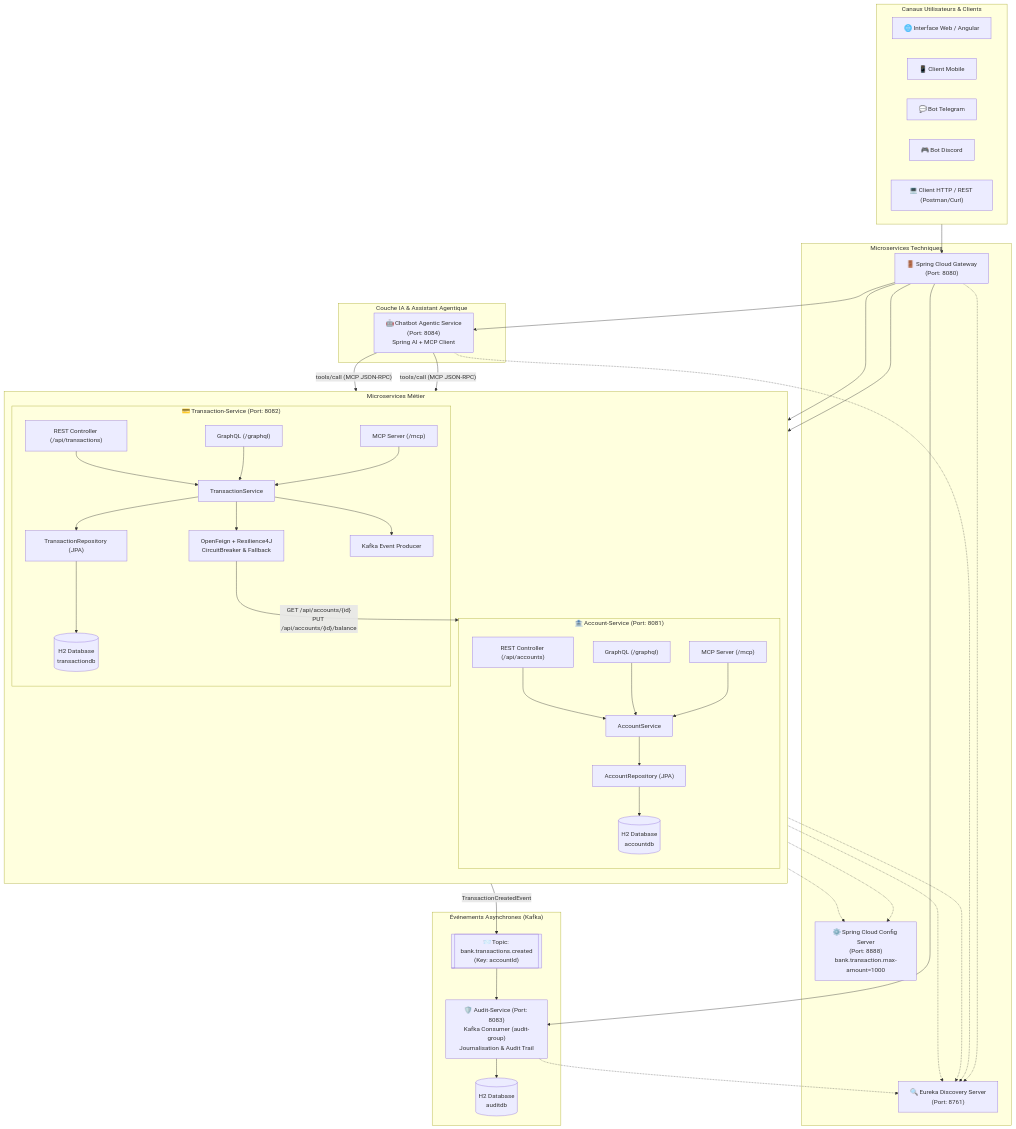
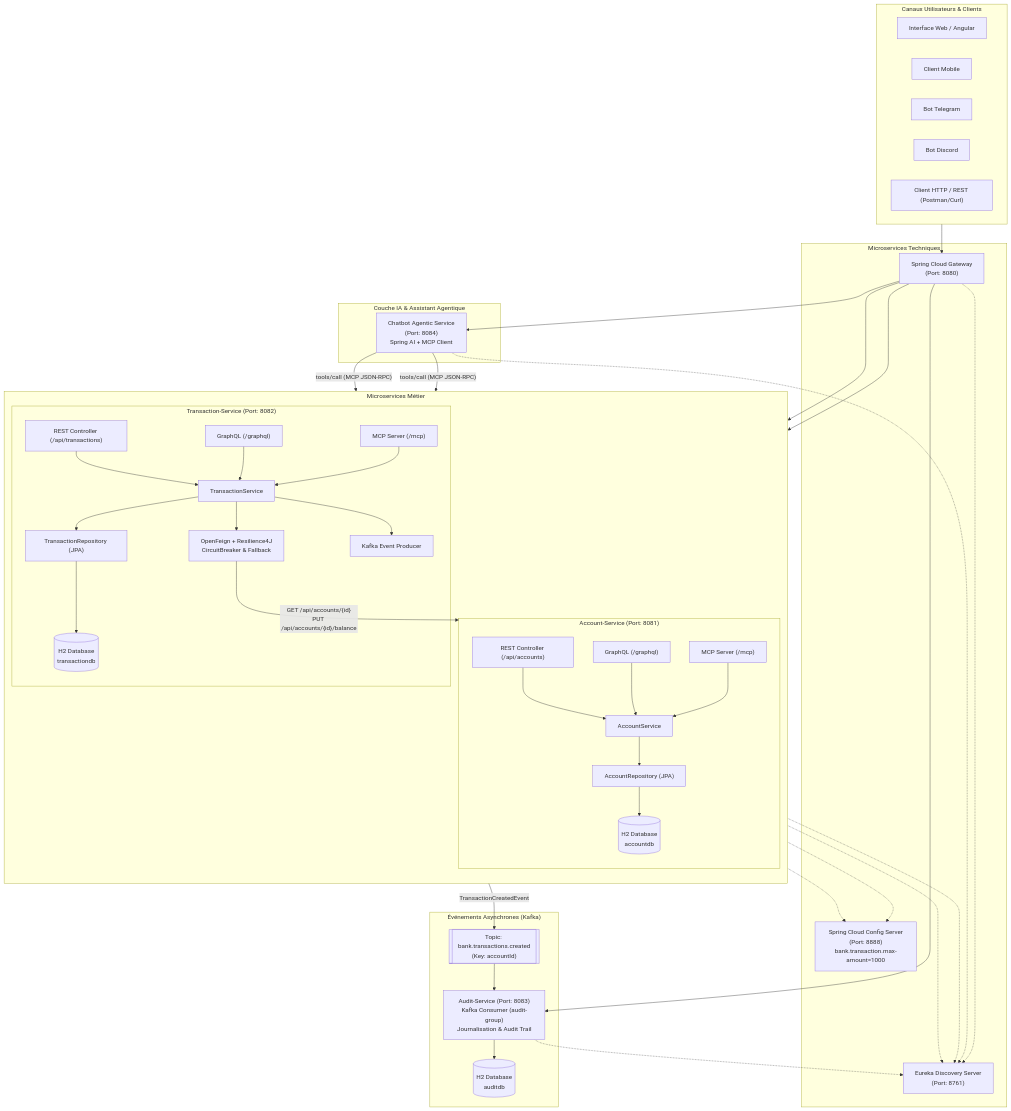
The first of 2 diagrams in RAPPORT_ARCHITECTURE.md (ImaneMekkaoui1/Mekkaoui-Imane-test-adria-pfe-27), drawn with Mermaid before and after one commit. The commit also changed other lines of this file and 17 other files, not shown here.

````diff
--- a/RAPPORT_ARCHITECTURE.md
+++ b/RAPPORT_ARCHITECTURE.md
@@ -13,92 +13,92 @@
 ```mermaid
 flowchart TB
-    subgraph Clients["Canaux Utilisateurs & Clients"]
-        WEB["🌐 Interface Web / Angular"]
-        MOB["📱 Client Mobile"]
-        TG["💬 Bot Telegram"]
-        DISC["🎮 Bot Discord"]
-        REST_CLI["💻 Client HTTP / REST (Postman/Curl)"]
-    end
+ subgraph Clients["Canaux Utilisateurs & Clients"]
+ WEB[" Interface Web / Angular"]
+ MOB[" Client Mobile"]
+ TG[" Bot Telegram"]
+ DISC[" Bot Discord"]
+ REST_CLI[" Client HTTP / REST (Postman/Curl)"]
+ end
 
-    subgraph Technical["Microservices Techniques"]
-        GW["🚪 Spring Cloud Gateway\n(Port: 8080)"]
-        EUR["🔍 Eureka Discovery Server\n(Port: 8761)"]
-        CONF["⚙️ Spring Cloud Config Server\n(Port: 8888)\nbank.transaction.max-amount=1000"]
-    end
+ subgraph Technical["Microservices Techniques"]
+ GW[" Spring Cloud Gateway\n(Port: 8080)"]
+ EUR[" Eureka Discovery Server\n(Port: 8761)"]
+ CONF[" Spring Cloud Config Server\n(Port: 8888)\nbank.transaction.max-amount=1000"]
+ end
 
-    subgraph AI_Layer["Couche IA & Assistant Agentique"]
-        CHAT["🤖 Chatbot Agentic Service\n(Port: 8084)\nSpring AI + MCP Client"]
-    end
+ subgraph AI_Layer["Couche IA & Assistant Agentique"]
+ CHAT[" Chatbot Agentic Service\n(Port: 8084)\nSpring AI + MCP Client"]
+ end
 
-    subgraph Business["Microservices Métier"]
-        direction TB
-        subgraph ACC_SRV["🏦 Account-Service (Port: 8081)"]
-            ACC_REST["REST Controller (/api/accounts)"]
-            ACC_GQL["GraphQL (/graphql)"]
-            ACC_MCP["MCP Server (/mcp)"]
-            ACC_SERVICE["AccountService"]
-            ACC_REPO["AccountRepository (JPA)"]
-            ACC_DB[("H2 Database\naccountdb")]
-            
-            ACC_REST --> ACC_SERVICE
-            ACC_GQL --> ACC_SERVICE
-            ACC_MCP --> ACC_SERVICE
-            ACC_SERVICE --> ACC_REPO
-            ACC_REPO --> ACC_DB
-        end
+ subgraph Business["Microservices Métier"]
+ direction TB
+ subgraph ACC_SRV[" Account-Service (Port: 8081)"]
+ ACC_REST["REST Controller (/api/accounts)"]
+ ACC_GQL["GraphQL (/graphql)"]
+ ACC_MCP["MCP Server (/mcp)"]
+ ACC_SERVICE["AccountService"]
+ ACC_REPO["AccountRepository (JPA)"]
+ ACC_DB[("H2 Database\naccountdb")]
+ 
+ ACC_REST --> ACC_SERVICE
+ ACC_GQL --> ACC_SERVICE
+ ACC_MCP --> ACC_SERVICE
+ ACC_SERVICE --> ACC_REPO
+ ACC_REPO --> ACC_DB
+ end
 
-        subgraph TX_SRV["💳 Transaction-Service (Port: 8082)"]
-            TX_REST["REST Controller (/api/transactions)"]
-            TX_GQL["GraphQL (/graphql)"]
-            TX_MCP["MCP Server (/mcp)"]
-            TX_SERVICE["TransactionService"]
-            TX_FEIGN["OpenFeign + Resilience4J\nCircuitBreaker & Fallback"]
-            TX_KAFKA_PROD["Kafka Event Producer"]
-            TX_REPO["TransactionRepository (JPA)"]
-            TX_DB[("H2 Database\ntransactiondb")]
+ subgraph TX_SRV[" Transaction-Service (Port: 8082)"]
+ TX_REST["REST Controller (/api/transactions)"]
+ TX_GQL["GraphQL (/graphql)"]
+ TX_MCP["MCP Server (/mcp)"]
+ TX_SERVICE["TransactionService"]
+ TX_FEIGN["OpenFeign + Resilience4J\nCircuitBreaker & Fallback"]
+ TX_KAFKA_PROD["Kafka Event Producer"]
+ TX_REPO["TransactionRepository (JPA)"]
+ TX_DB[("H2 Database\ntransactiondb")]
 
-            TX_REST --> TX_SERVICE
-            TX_GQL --> TX_SERVICE
-            TX_MCP --> TX_SERVICE
-            TX_SERVICE --> TX_REPO
-            TX_REPO --> TX_DB
-            TX_SERVICE --> TX_FEIGN
-            TX_SERVICE --> TX_KAFKA_PROD
-        end
-    end
+ TX_REST --> TX_SERVICE
+ TX_GQL --> TX_SERVICE
+ TX_MCP --> TX_SERVICE
+ TX_SERVICE --> TX_REPO
+ TX_REPO --> TX_DB
+ TX_SERVICE --> TX_FEIGN
+ TX_SERVICE --> TX_KAFKA_PROD
+ end
+ end
 
-    subgraph EventStreaming["Événements Asynchrones (Kafka)"]
-        TOPIC[["📨 Topic: bank.transactions.created\n(Key: accountId)"]]
-        AUDIT_SRV["🛡️ Audit-Service (Port: 8083)\nKafka Consumer (audit-group)\nJournalisation & Audit Trail"]
-        AUDIT_DB[("H2 Database\nauditdb")]
-    end
+ subgraph EventStreaming["Événements Asynchrones (Kafka)"]
+ TOPIC[[" Topic: bank.transactions.created\n(Key: accountId)"]]
+ AUDIT_SRV[" Audit-Service (Port: 8083)\nKafka Consumer (audit-group)\nJournalisation & Audit Trail"]
+ AUDIT_DB[("H2 Database\nauditdb")]
+ end
 
-    %% Interactions
-    Clients --> GW
-    GW --> ACC_SRV
-    GW --> TX_SRV
-    GW --> CHAT
-    GW --> AUDIT_SRV
+ %% Interactions
+ Clients --> GW
+ GW --> ACC_SRV
+ GW --> TX_SRV
+ GW --> CHAT
+ GW --> AUDIT_SRV
 
-    %% Discovery & Config
-    ACC_SRV -.-> EUR
-    TX_SRV -.-> EUR
-    GW -.-> EUR
-    CHAT -.-> EUR
-    AUDIT_SRV -.-> EUR
+ %% Discovery & Config
+ ACC_SRV -.-> EUR
+ TX_SRV -.-> EUR
+ GW -.-> EUR
+ CHAT -.-> EUR
+ AUDIT_SRV -.-> EUR
 
-    ACC_SRV -.-> CONF
-    TX_SRV -.-> CONF
+ ACC_SRV -.-> CONF
+ TX_SRV -.-> CONF
 
-    %% Inter-service Feign
-    TX_FEIGN -- "GET /api/accounts/{id}\nPUT /api/accounts/{id}/balance" --> ACC_SRV
+ %% Inter-service Feign
+ TX_FEIGN -- "GET /api/accounts/{id}\nPUT /api/accounts/{id}/balance" --> ACC_SRV
 
-    %% MCP Agent interaction
-    CHAT -- "tools/call (MCP JSON-RPC)" --> ACC_MCP
-    CHAT -- "tools/call (MCP JSON-RPC)" --> TX_MCP
+ %% MCP Agent interaction
+ CHAT -- "tools/call (MCP JSON-RPC)" --> ACC_MCP
+ CHAT -- "tools/call (MCP JSON-RPC)" --> TX_MCP
 
-    %% Kafka
-    TX_KAFKA_PROD -- "TransactionCreatedEvent" --> TOPIC
-    TOPIC --> AUDIT_SRV
-    AUDIT_SRV --> AUDIT_DB
+ %% Kafka
+ TX_KAFKA_PROD -- "TransactionCreatedEvent" --> TOPIC
+ TOPIC --> AUDIT_SRV
+ AUDIT_SRV --> AUDIT_DB
 ```
````
